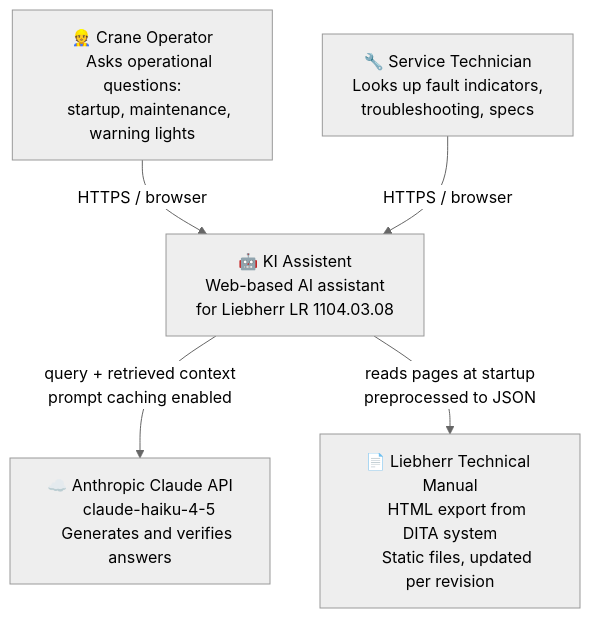
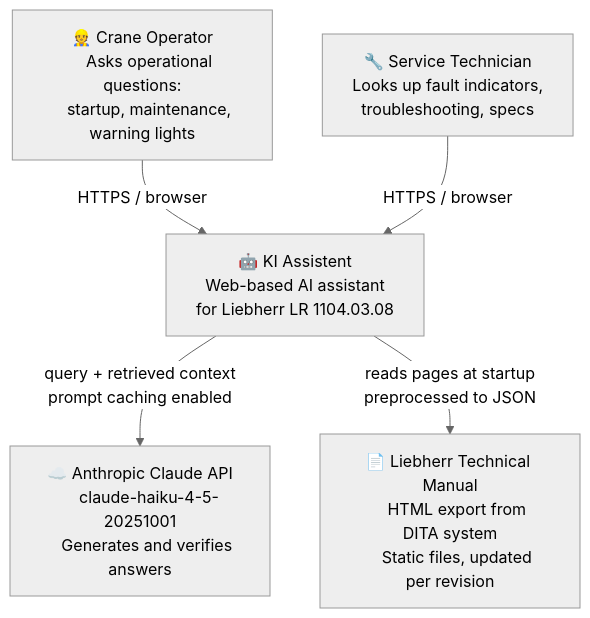
One commit to Trubar4/AI_Assistant changed the first of 2 diagrams in ARCHITECTURE.md. Above: the diagram before and after it, drawn with Mermaid (neutral theme). The commit also changed other lines of this file, not shown here.

First line of the commit message:
docs: ARCHITECTURE.md aktualisiert nach MTP-Demo Session

````diff
--- a/ARCHITECTURE.md
+++ b/ARCHITECTURE.md
@@ -10,27 +10,27 @@
 ```mermaid
 flowchart TD
     OP["👷 Crane Operator
     Asks operational questions:
     startup, maintenance, warning lights"]
 
     ST["🔧 Service Technician
     Looks up fault indicators,
     troubleshooting, specs"]
 
     SYS["🤖 KI Assistent
     Web-based AI assistant
     for Liebherr LR 1104.03.08"]
 
     CLAUDE["☁️ Anthropic Claude API
-    claude-haiku-4-5
+    claude-haiku-4-5-20251001
     Generates and verifies answers"]
 
     MAN["📄 Liebherr Technical Manual
     HTML export from DITA system
     Static files, updated per revision"]
 
     OP -- "HTTPS / browser" --> SYS
     ST -- "HTTPS / browser" --> SYS
     SYS -- "query + retrieved context\nprompt caching enabled" --> CLAUDE
     SYS -- "reads pages at startup\npreprocessed to JSON" --> MAN
 ```
````
